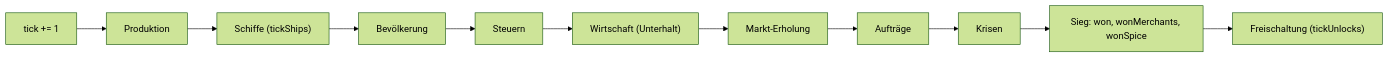
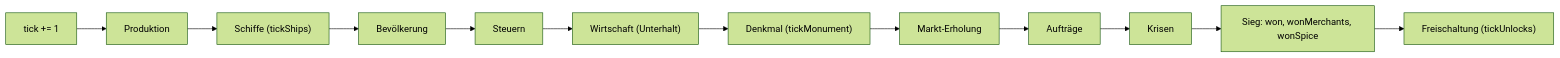
Before and after one commit to konstantinniedermann/Inselreich: the sixth of 12 diagrams in docs/arc42.md, drawn with Mermaid (forest theme). The commit also changed other lines of this file and 2 other files, not shown here.

First line of the commit message:
docs: Denkmal in README und arc42, Verweise E1-Spec (M13-E2 T14)

````diff
--- a/docs/arc42.md
+++ b/docs/arc42.md
@@ -398,5 +404,5 @@
 ```mermaid
 flowchart LR
-  T["tick += 1"] --> P["Produktion"] --> H["Schiffe (tickShips)"] --> B["Bevölkerung"] --> S["Steuern"] --> W["Wirtschaft (Unterhalt)"]
-  W --> M["Markt-Erholung"] --> O["Aufträge"] --> K["Krisen"] --> V["Sieg: won, wonMerchants, wonSpice"] --> U["Freischaltung (tickUnlocks)"]
+  T["tick += 1"] --> P["Produktion"] --> H["Schiffe (tickShips)"] --> B["Bevölkerung"] --> S["Steuern"] --> W["Wirtschaft (Unterhalt)"] --> D["Denkmal (tickMonument)"]
+  D --> M["Markt-Erholung"] --> O["Aufträge"] --> K["Krisen"] --> V["Sieg: won, wonMerchants, wonSpice"] --> U["Freischaltung (tickUnlocks)"]
 ```
````
